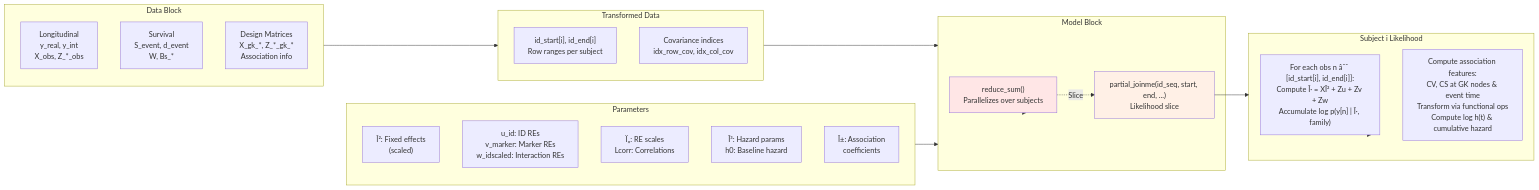
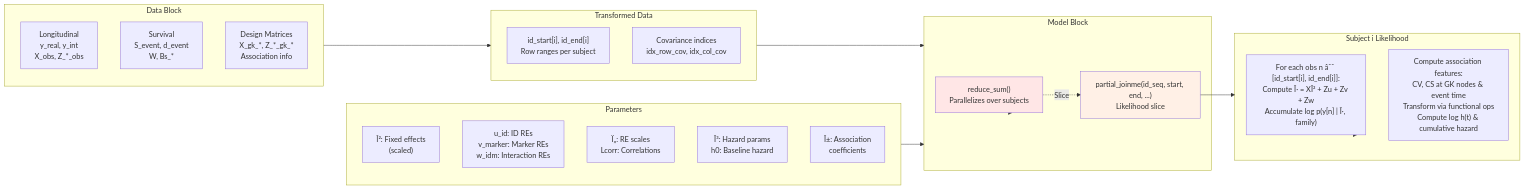
The second of 3 diagrams in notes/joinme-stan-architecture.qmd (trinhdhk/joinme), drawn with Mermaid before and after one commit. The commit also changed other lines of this file and 24 other files, not shown here.

````diff
--- a/notes/joinme-stan-architecture.qmd
+++ b/notes/joinme-stan-architecture.qmd
@@ -162,45 +162,45 @@
 ```{mermaid}
 %%| fig-width: 100%
 graph LR
     subgraph Input["Data Block"]
         LongObs["Longitudinal<br/>y_real, y_int<br/>X_obs, Z_*_obs"]
         SurvObs["Survival<br/>S_event, d_event<br/>W, Bs_*"]
         Design["Design Matrices<br/>X_gk_*, Z_*_gk_*<br/>Association info"]
     end
     
     subgraph TransData["Transformed Data"]
         IDRanges["id_start[i], id_end[i]<br/>Row ranges per subject"]
         Indices["Covariance indices<br/>idx_row_cov, idx_col_cov"]
     end
     
     subgraph Params["Parameters"]
         Beta["Î²: Fixed effects<br/>(scaled)"]
-        RE["u_id: ID REs<br/>v_marker: Marker REs<br/>w_idscaled: Interaction REs"]
+        RE["u_id: ID REs<br/>v_marker: Marker REs<br/>w_idm: Interaction REs"]
         Scales["Ï„: RE scales<br/>Lcorr: Correlations"]
         Gamma["Î³: Hazard params<br/>h0: Baseline hazard"]
         Alpha["Î±: Association<br/>coefficients"]
     end
     
     subgraph Likelihood["Model Block"]
         ReduceSum["reduce_sum()<br/>Parallelizes over subjects"]
         PartialJoinME["partial_joinme(id_seq, start, end, ...)<br/>Likelihood slice"]
     end
     
     subgraph SubjectLik["Subject i Likelihood"]
         LongLoop["For each obs n âˆˆ [id_start[i], id_end[i]]:<br/>Compute Î· = XÎ² + Zu + Zv + Zw<br/>Accumulate log p(y[n] | Î·, family)"]
         SurvCalc["Compute association features:<br/>CV, CS at GK nodes & event time<br/>Transform via functional ops<br/>Compute log h(t) & cumulative hazard"]
     end
     
     Input --> TransData
     TransData --> Likelihood
     Params --> Likelihood
     
     Likelihood --> ReduceSum
     ReduceSum -.->|Slice| PartialJoinME
     PartialJoinME --> SubjectLik
     SubjectLik --> LongLoop
     SubjectLik --> SurvCalc
     
     style ReduceSum fill:#ffe6e6
     style PartialJoinME fill:#fff0e6
 ```
````
